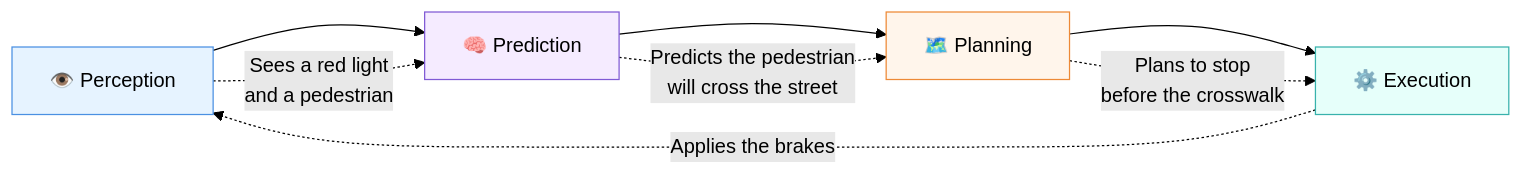
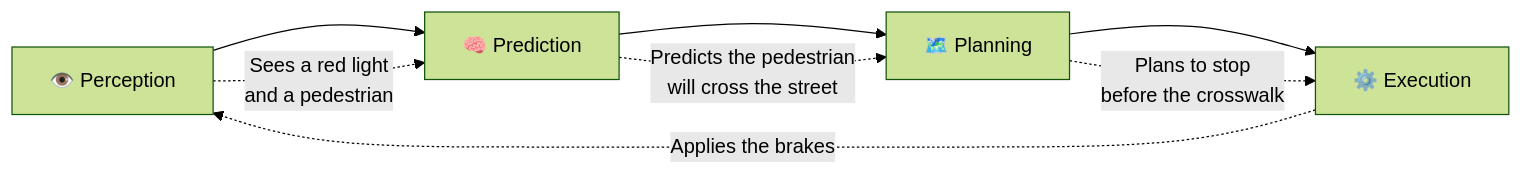
Before and after one commit to vdonthireddy/ai-knowledge-base: the second of 2 diagrams in line11_embodied_ai_robotics.md, drawn with Mermaid (forest theme). The commit also changed other lines of this file and 30 other files, not shown here.

Commit message:
chore: Rename files and fix mermaid diagram styles for dark mode compatibility

````diff
--- a/line11_embodied_ai_robotics.md
+++ b/line11_embodied_ai_robotics.md
@@ -63,16 +61,12 @@
 ```mermaid
 graph LR
     A[👁️ Perception] --> B[🧠 Prediction]
     B --> C[🗺️ Planning]
     C --> D[⚙️ Execution]
 
     A -.->|"Sees a red light<br/>and a pedestrian"| B
     B -.->|"Predicts the pedestrian<br/>will cross the street"| C
     C -.->|"Plans to stop<br/>before the crosswalk"| D
     D -.->|"Applies the brakes"| A
     
-    style A fill:#e6f3ff,stroke:#4a90e2
-    style B fill:#f5ebff,stroke:#805ad5
-    style C fill:#fff5eb,stroke:#ed8936
-    style D fill:#e6fffa,stroke:#38b2ac
 ```
````
